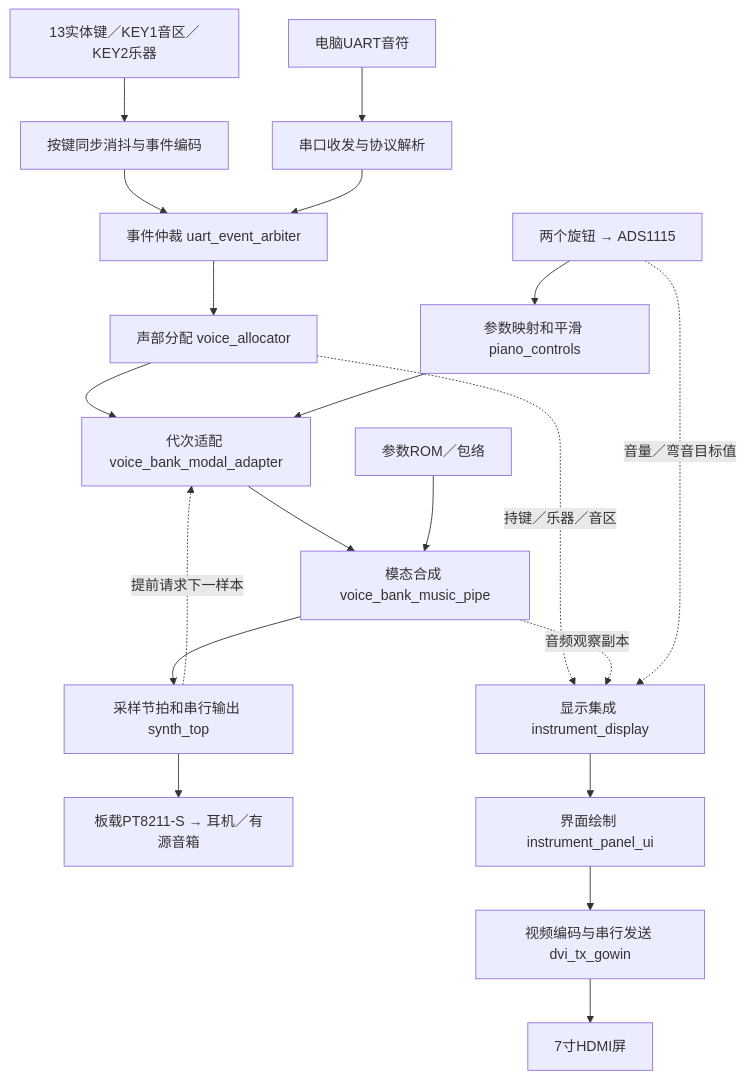
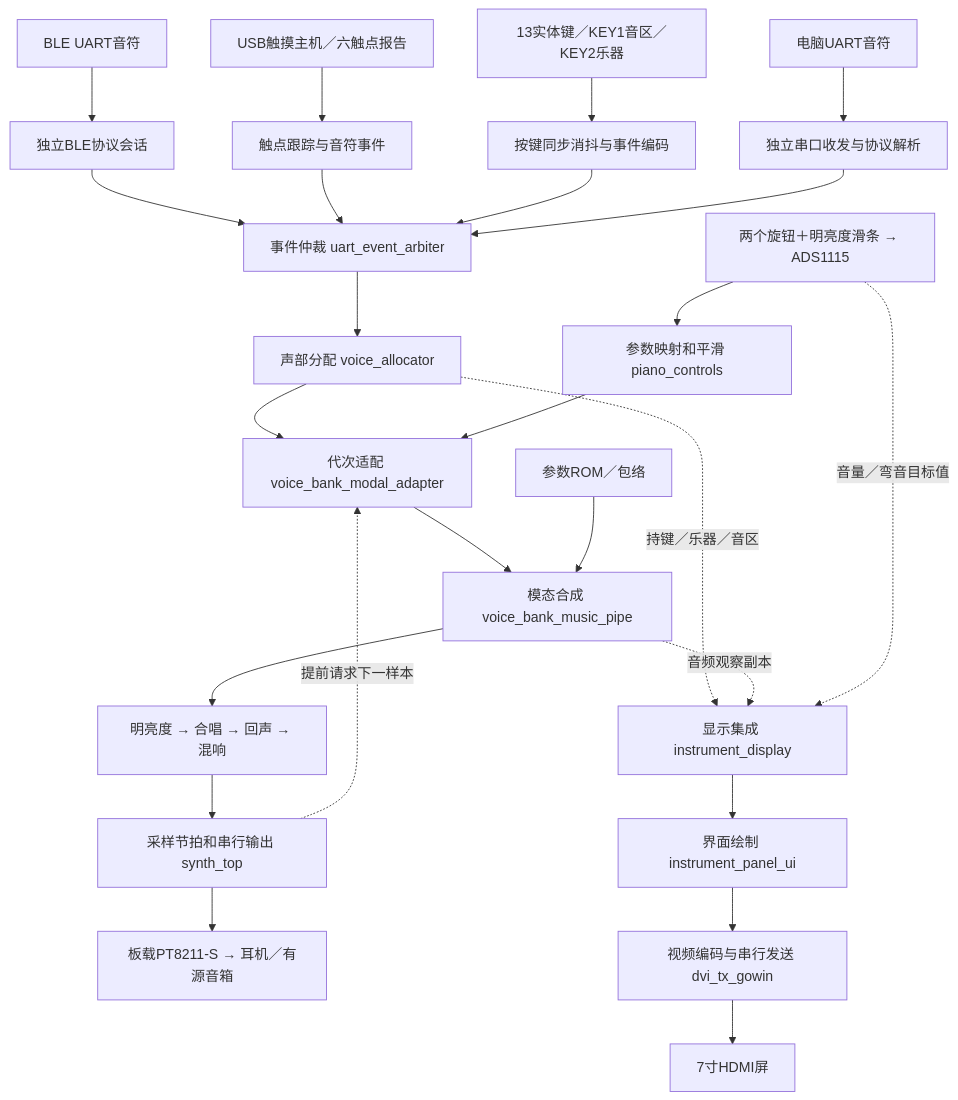
The diagram in README.md (1HFGL/FPGA), drawn with Mermaid before and after one commit. The commit also changed other lines of this file and 107 other files, not shown here.

````diff
--- a/README.md
+++ b/README.md
@@ -206,22 +258,27 @@
 ```mermaid
 flowchart TD
     K[13实体键／KEY1音区／KEY2乐器] --> I[按键同步消抖与事件编码]
-    U[电脑UART音符] --> P[串口收发与协议解析]
+    U[电脑UART音符] --> P[独立串口收发与协议解析]
+    BLE[BLE UART音符] --> BP[独立BLE协议会话]
+    BP --> R
+    USB[USB触摸主机／六触点报告] --> T[触点跟踪与音符事件]
+    T --> R
     I --> R[事件仲裁 uart_event_arbiter]
     P --> R
     R --> V[声部分配 voice_allocator]
-    A[两个旋钮 → ADS1115] --> C[参数映射和平滑 piano_controls]
+    A[两个旋钮＋明亮度滑条 → ADS1115] --> C[参数映射和平滑 piano_controls]
     V --> M[代次适配 voice_bank_modal_adapter]
     C --> M
     M --> S[模态合成 voice_bank_music_pipe]
     ROM[参数ROM／包络] --> S
-    S --> O[采样节拍和串行输出 synth_top]
+    S --> FX[明亮度 → 合唱 → 回声 → 混响]
+    FX --> O[采样节拍和串行输出 synth_top]
     O --> D[板载PT8211-S → 耳机／有源音箱]
     O -. 提前请求下一样本 .-> M
     V -. 持键／乐器／音区 .-> F[显示集成 instrument_display]
     S -. 音频观察副本 .-> F
     A -. 音量／弯音目标值 .-> F
     F --> UI[界面绘制 instrument_panel_ui]
     UI --> H[视频编码与串行发送 dvi_tx_gowin]
     H --> LCD[7寸HDMI屏]
 ```
````
